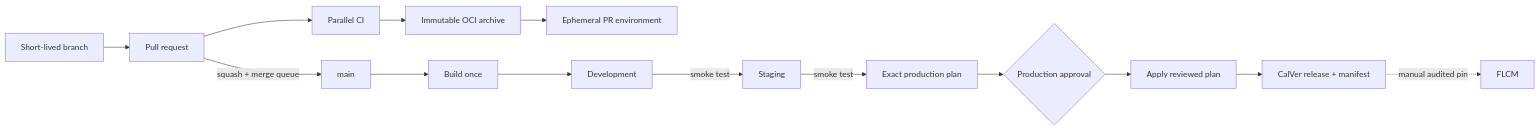
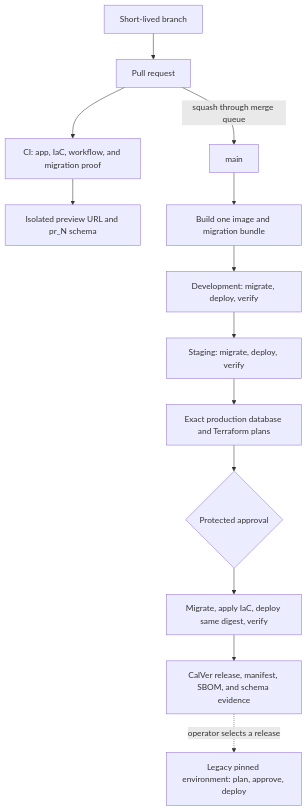
The diagram in README.md (kenerwin88/palladium-repo), drawn with Mermaid before and after one commit. The commit also changed other lines of this file and 55 other files, not shown here.

Commit message:
feat: add reviewed database delivery flow

````diff
--- a/README.md
+++ b/README.md
@@ -9,16 +13,15 @@
 ```mermaid
-flowchart LR
+flowchart TD
   A[Short-lived branch] --> B[Pull request]
-  B --> C[Parallel CI]
-  C --> D[Immutable OCI archive]
-  D --> E[Ephemeral PR environment]
-  B -->|squash + merge queue| M[main]
-  M --> F[Build once]
-  F --> G[Development]
-  G -->|smoke test| H[Staging]
-  H -->|smoke test| P[Exact production plan]
-  P --> I{Production approval}
-  I --> J[Apply reviewed plan]
-  J --> K[CalVer release + manifest]
-  K -.->|manual audited pin| L[FLCM]
+  B --> C[CI: app, IaC, workflow, and migration proof]
+  C --> D[Isolated preview URL and pr_N schema]
+  B -->|squash through merge queue| E[main]
+  E --> F[Build one image and migration bundle]
+  F --> G[Development: migrate, deploy, verify]
+  G --> H[Staging: migrate, deploy, verify]
+  H --> I[Exact production database and Terraform plans]
+  I --> J{Protected approval}
+  J --> K[Migrate, apply IaC, deploy same digest, verify]
+  K --> L[CalVer release, manifest, SBOM, and schema evidence]
+  L -.->|operator selects a release| M[Legacy pinned environment: plan, approve, deploy]
 ```
````
